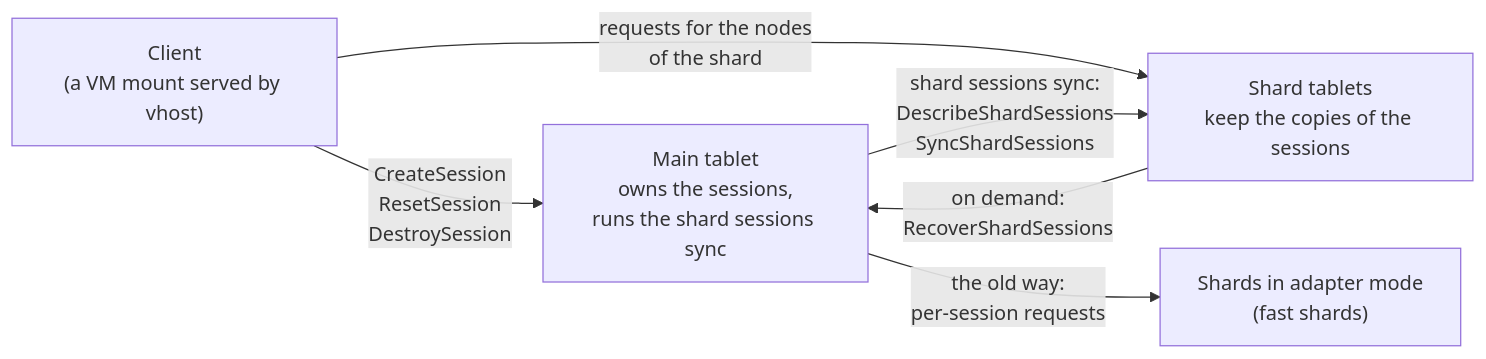
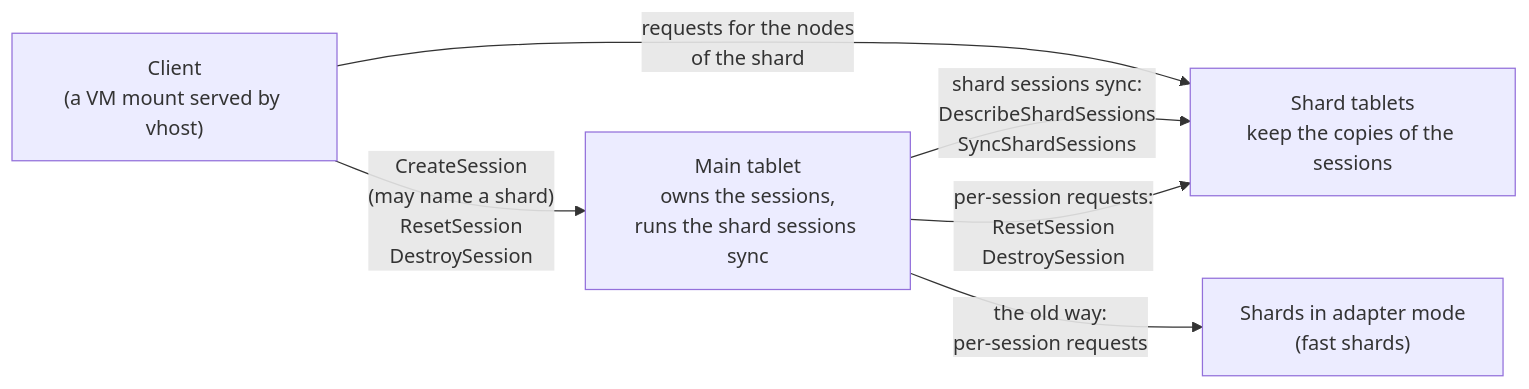
The first of 3 diagrams in doc/filestore/design/lazy_shard_sessions.md (ydb-platform/nbs), drawn with Mermaid before and after one commit. The commit also changed other lines of this file, not shown here.

````diff
--- a/doc/filestore/design/lazy_shard_sessions.md
+++ b/doc/filestore/design/lazy_shard_sessions.md
@@ -55,13 +54,13 @@
 ```mermaid
 flowchart LR
     Client["Client<br/>(a VM mount served by vhost)"]
     Main["Main tablet<br/>owns the sessions,<br/>runs the shard sessions sync"]
     Shard["Shard tablets<br/>keep the copies of the sessions"]
     Fast["Shards in adapter mode<br/>(fast shards)"]
 
-    Client -->|"CreateSession<br/>ResetSession<br/>DestroySession"| Main
+    Client -->|"CreateSession<br/>(may name a shard)<br/>ResetSession<br/>DestroySession"| Main
     Client -->|"requests for the nodes<br/>of the shard"| Shard
     Main -->|"shard sessions sync:<br/>DescribeShardSessions<br/>SyncShardSessions"| Shard
-    Shard -->|"on demand:<br/>RecoverShardSessions"| Main
+    Main -->|"per-session requests:<br/>ResetSession<br/>DestroySession"| Shard
     Main -->|"the old way:<br/>per-session requests"| Fast
 ```
````
